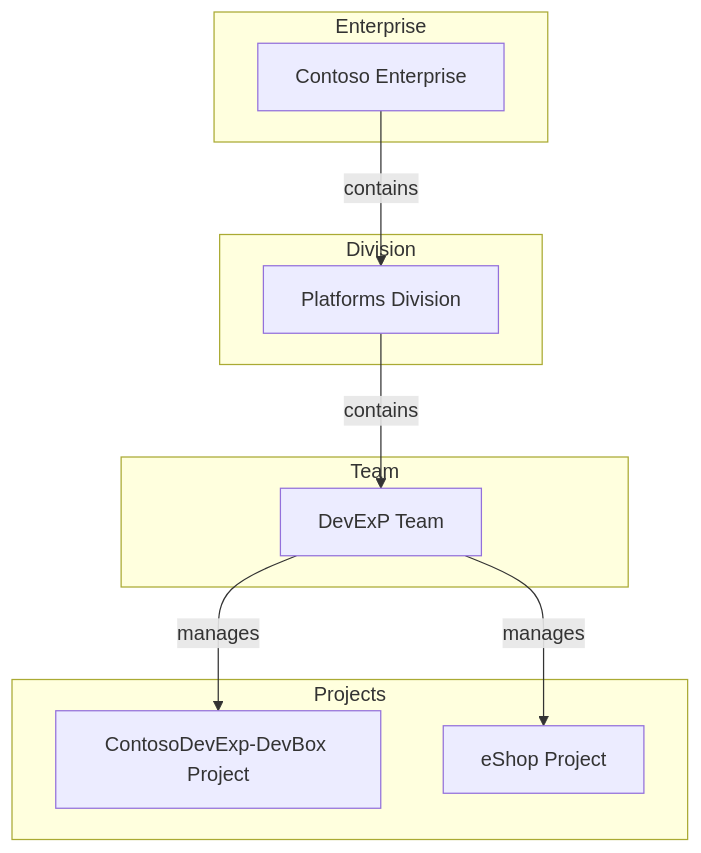
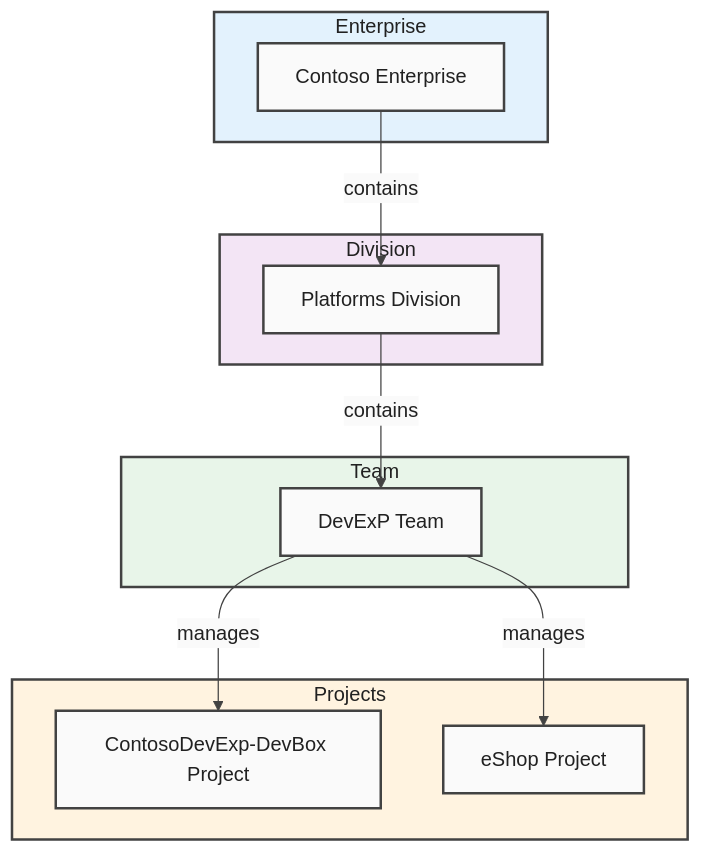
Before and after one commit to Evilazaro/DevExp-DevBox: the fourth of 11 diagrams in docs/architecture/Business.md, drawn with Mermaid. The commit also changed other lines of this file, not shown here.

Commit message:
docs: enhance Business Architecture diagrams with improved structure and styling

````diff
--- a/docs/architecture/Business.md
+++ b/docs/architecture/Business.md
@@ -383,20 +425,37 @@
 ```mermaid
-graph TB
-    subgraph "Enterprise"
+%%{init: {'theme': 'base', 'themeVariables': { 'primaryColor': '#FAFAFA', 'primaryBorderColor': '#424242', 'primaryTextColor': '#212121', 'lineColor': '#424242'}}}%%
+flowchart TB
+    %% Style Definitions
+    classDef default fill:#FAFAFA,stroke:#424242,stroke-width:2px,color:#212121
+    classDef level1 fill:#E3F2FD,stroke:#424242,stroke-width:2px,color:#212121
+    classDef level2 fill:#F3E5F5,stroke:#424242,stroke-width:2px,color:#212121
+    classDef level3 fill:#E8F5E9,stroke:#424242,stroke-width:2px,color:#212121
+    classDef accent fill:#FFF3E0,stroke:#424242,stroke-width:2px,color:#212121
+
+    subgraph ENT["Enterprise"]
         E1["Contoso Enterprise"]
     end
-    subgraph "Division"
+
+    subgraph DIV["Division"]
         D1["Platforms Division"]
     end
-    subgraph "Team"
+
+    subgraph TEAM["Team"]
         T1["DevExP Team"]
     end
-    subgraph "Projects"
+
+    subgraph PROJ["Projects"]
         PRJ1["ContosoDevExp-DevBox Project"]
         PRJ2["eShop Project"]
     end
+
     E1 -->|"contains"| D1
     D1 -->|"contains"| T1
     T1 -->|"manages"| PRJ1
     T1 -->|"manages"| PRJ2
+
+    class ENT level1
+    class DIV level2
+    class TEAM level3
+    class PROJ accent
 ```
````
